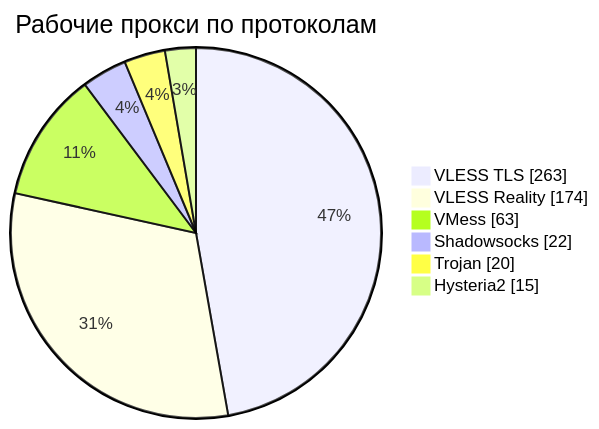
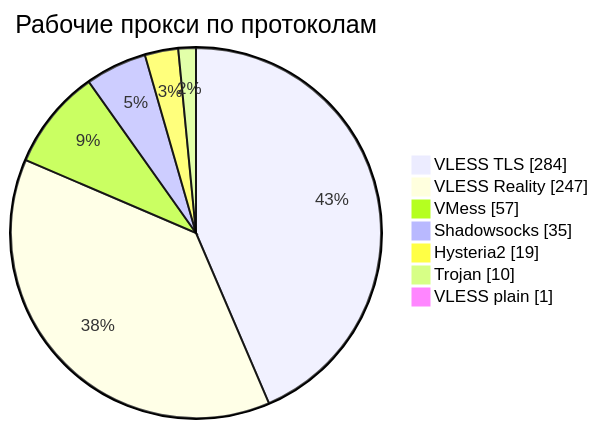
The third of 4 diagrams in README.md (rvvg/proxy-subs), drawn with Mermaid before and after one commit. The commit also changed other lines of this file and 49 other files, not shown here.

````diff
--- a/README.md
+++ b/README.md
@@ -128,10 +139,11 @@
 ```mermaid
 pie showData
     title Рабочие прокси по протоколам
-    "VLESS TLS" : 263
-    "VLESS Reality" : 174
-    "VMess" : 63
-    "Shadowsocks" : 22
-    "Trojan" : 20
-    "Hysteria2" : 15
+    "VLESS TLS" : 284
+    "VLESS Reality" : 247
+    "VMess" : 57
+    "Shadowsocks" : 35
+    "Hysteria2" : 19
+    "Trojan" : 10
+    "VLESS plain" : 1
 ```
````
